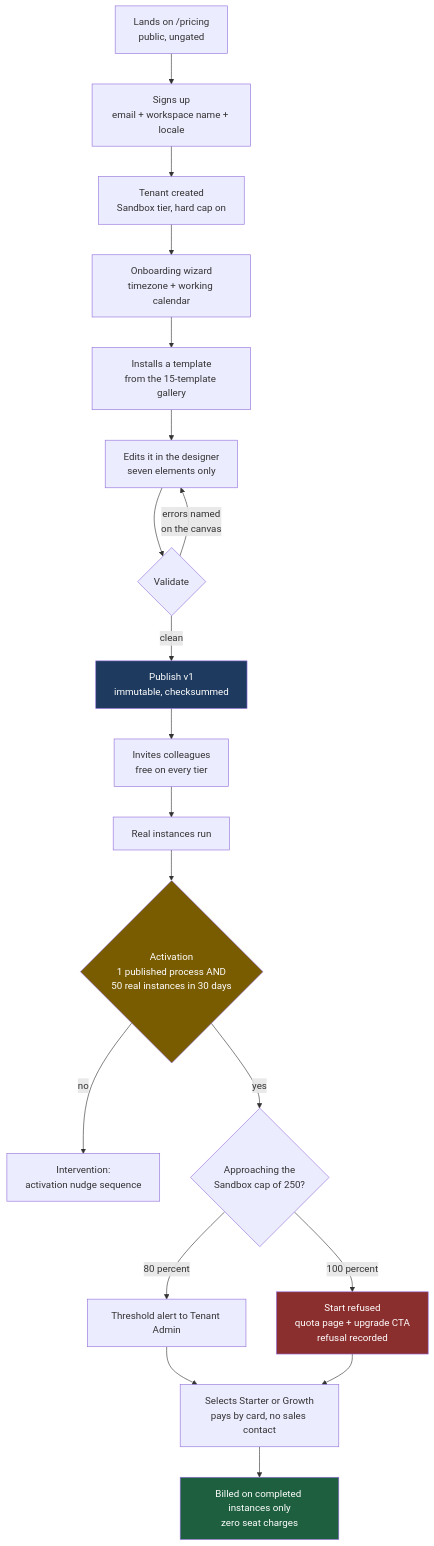
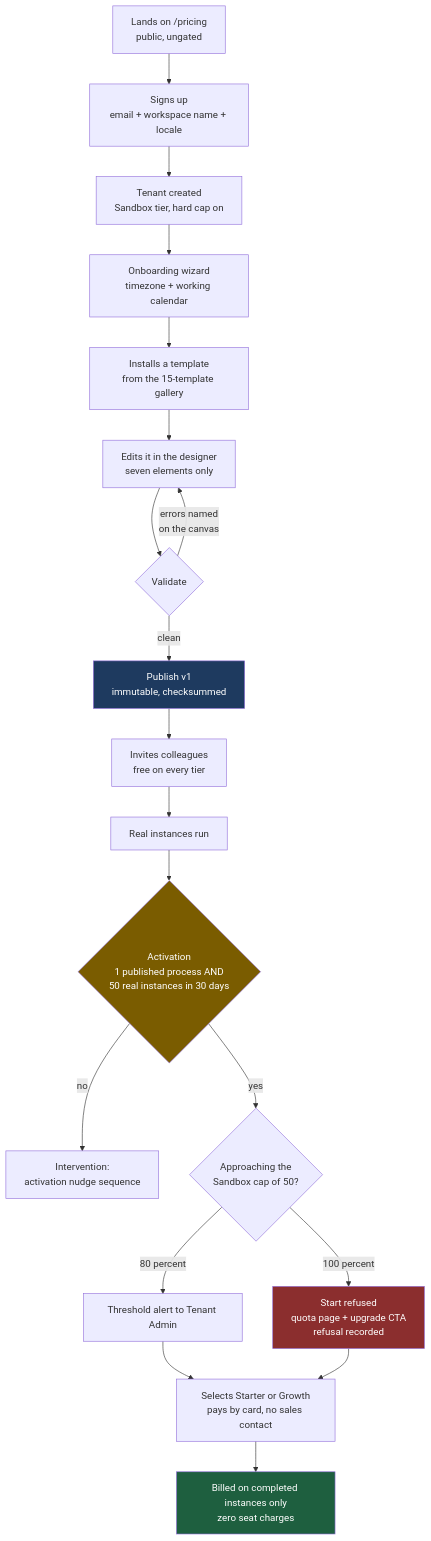
One commit to Tamoura/Claude-Code-creates-the-SW-company changed the second of 12 diagrams in products/connectbpm/docs/PRD.md. Above: the diagram before and after it, drawn with Mermaid. The commit also changed 2 other files, not shown here.

Commit message:
docs(connectbpm): reconcile Sandbox cap with DEC-007 and flag the fallout
The task breakdown found SPEC-01 US-44 and the PRD buyer flow still
specifying a 250-instance Sandbox cap after DEC-007 ratified 50. Quota
tests written against the spec would have been 5x wrong. Both corrected.

Correcting it exposes a second problem, recorded as OPEN-001: the
activation metric is defined as 50 real instances in 30 days, which now
equals the cap exactly. A free tenant can only activate by exhausting its
allowance, so activation and quota refusal become the same event and the
north-star metric stops distinguishing value from exhaustion. Recommending
activation drop to 20 instances; needs a CEO decision before analytics.

AC-017's use of 250 is left alone — it is a tier-agnostic remaining-quota
figure in a bulk-start example, not a Sandbox claim.

Claude-Session: https://claude.ai/code/session_014SokXykj56ZHk7q4A1X5hL

````diff
--- a/products/connectbpm/docs/PRD.md
+++ b/products/connectbpm/docs/PRD.md
@@ -239,26 +239,26 @@
 ```mermaid
 flowchart TD
     A["Lands on /pricing<br/>public, ungated"] --> B["Signs up<br/>email + workspace name + locale"]
     B --> C["Tenant created<br/>Sandbox tier, hard cap on"]
     C --> D["Onboarding wizard<br/>timezone + working calendar"]
     D --> E["Installs a template<br/>from the 15-template gallery"]
     E --> F["Edits it in the designer<br/>seven elements only"]
     F --> G{"Validate"}
     G -->|"errors named<br/>on the canvas"| F
     G -->|"clean"| H["Publish v1<br/>immutable, checksummed"]
     H --> I["Invites colleagues<br/>free on every tier"]
     I --> J["Real instances run"]
     J --> K{"Activation<br/>1 published process AND<br/>50 real instances in 30 days"}
     K -->|"no"| L["Intervention:<br/>activation nudge sequence"]
-    K -->|"yes"| M{"Approaching the<br/>Sandbox cap of 250?"}
+    K -->|"yes"| M{"Approaching the<br/>Sandbox cap of 50?"}
     M -->|"80 percent"| N["Threshold alert to Tenant Admin"]
     M -->|"100 percent"| O["Start refused<br/>quota page + upgrade CTA<br/>refusal recorded"]
     N --> P["Selects Starter or Growth<br/>pays by card, no sales contact"]
     O --> P
     P --> Q["Billed on completed instances only<br/>zero seat charges"]
 
     style H fill:#1e3a5f,color:#fff
     style K fill:#7a5c00,color:#fff
     style Q fill:#1e5f3f,color:#fff
     style O fill:#8b2e2e,color:#fff
 ```
````
